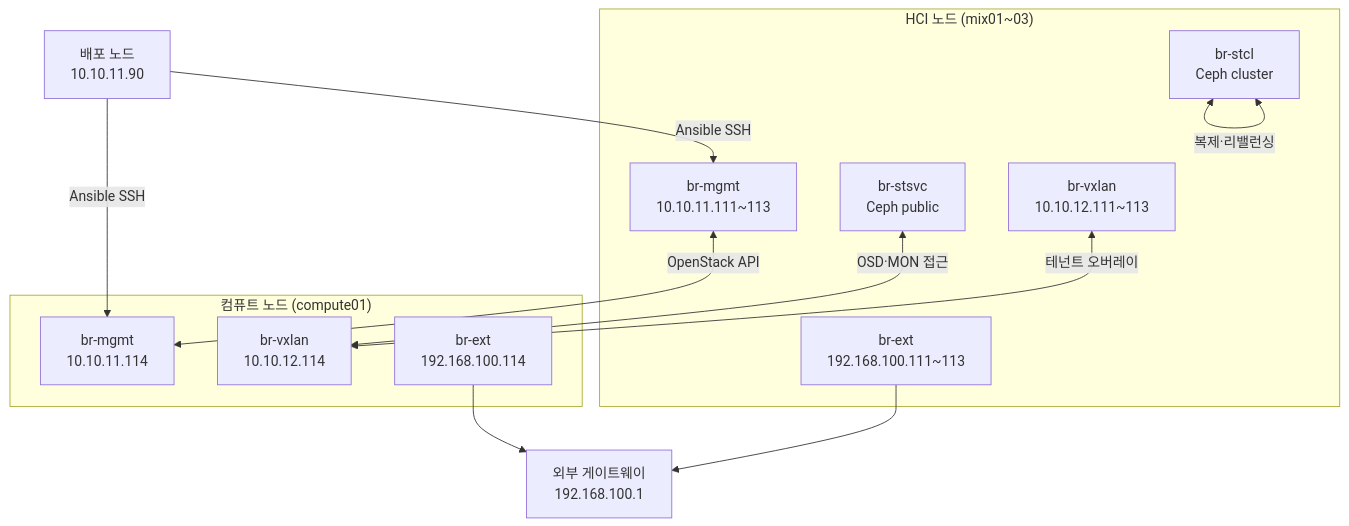
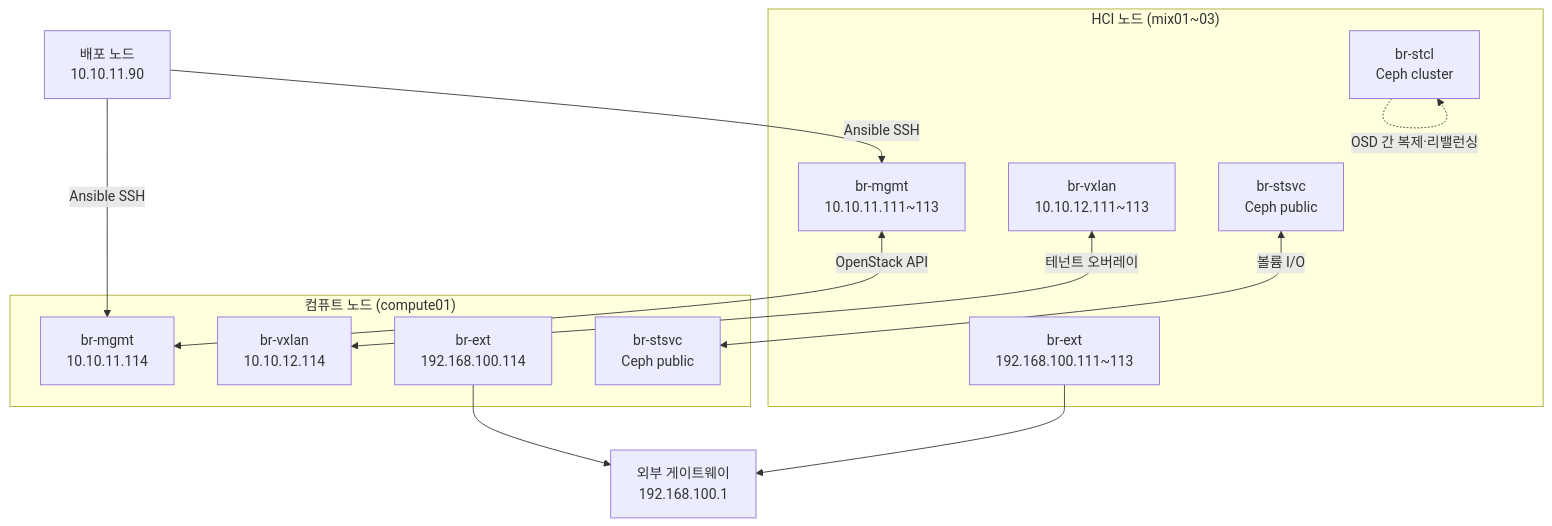
Before and after one commit to hkjeon/hkjeon.github.io: the first of 3 diagrams in content/blog/osa-systemd-networkd/index.md, drawn with Mermaid. The commit also changed other lines of this file, not shown here.

````diff
--- a/content/blog/osa-systemd-networkd/index.md
+++ b/content/blog/osa-systemd-networkd/index.md
@@ -122,27 +122,28 @@
 ```mermaid
 graph TD
     subgraph HCI["HCI 노드 (mix01~03)"]
         MGMT1[br-mgmt<br/>10.10.11.111~113]
         VXLAN1[br-vxlan<br/>10.10.12.111~113]
         EXT1[br-ext<br/>192.168.100.111~113]
         STSVC[br-stsvc<br/>Ceph public]
         STCL[br-stcl<br/>Ceph cluster]
     end
 
     subgraph COMP["컴퓨트 노드 (compute01)"]
         MGMT2[br-mgmt<br/>10.10.11.114]
         VXLAN2[br-vxlan<br/>10.10.12.114]
         EXT2[br-ext<br/>192.168.100.114]
+        STSVC2[br-stsvc<br/>Ceph public]
     end
 
     DEPLOY[배포 노드<br/>10.10.11.90]
 
     DEPLOY -->|Ansible SSH| MGMT1
     DEPLOY -->|Ansible SSH| MGMT2
     MGMT1 <-->|OpenStack API| MGMT2
     VXLAN1 <-->|테넌트 오버레이| VXLAN2
-    STSVC <-->|OSD·MON 접근| VXLAN2
-    STCL <-->|복제·리밸런싱| STCL
+    STSVC <-->|볼륨 I/O| STSVC2
+    STCL -.->|OSD 간 복제·리밸런싱| STCL
     EXT1 --> GW[외부 게이트웨이<br/>192.168.100.1]
     EXT2 --> GW
 ```
````
